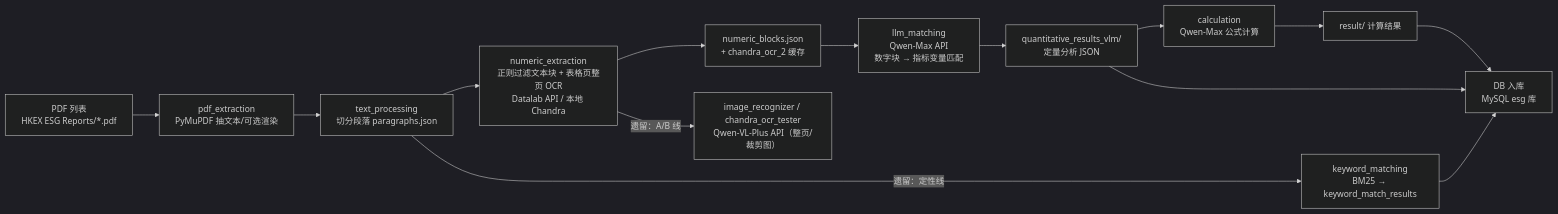
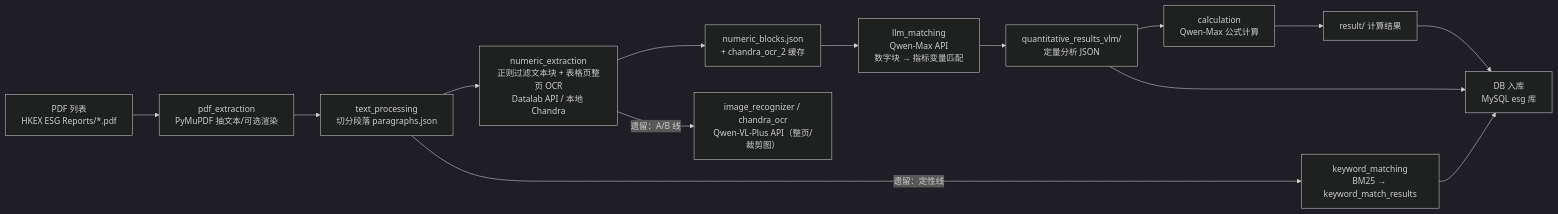
Before and after one commit to Evelyn-atg/esg-sync: the diagram in memory_docs/ESG_Pipeline_Full_Workflow.md, drawn with Mermaid (dark theme). The commit also changed other lines of this file, not shown here.

Commit message:
docs: add chandra_ocr.py (OCR engine) to S3 module column; update rename references

````diff
--- a/memory_docs/ESG_Pipeline_Full_Workflow.md
+++ b/memory_docs/ESG_Pipeline_Full_Workflow.md
@@ -12,16 +12,16 @@
 ```mermaid
 flowchart LR
     A["PDF 列表<br/>HKEX ESG Reports/*.pdf"] --> B["pdf_extraction<br/>PyMuPDF 抽文本/可选渲染"]
     B --> C["text_processing<br/>切分段落 paragraphs.json"]
     C --> D["numeric_extraction<br/>正则过滤文本块 + 表格页整页 OCR<br/>Datalab API / 本地 Chandra"]
     D --> E["numeric_blocks.json<br/>+ chandra_ocr_2 缓存"]
     E --> F["llm_matching<br/>Qwen-Max API<br/>数字块 → 指标变量匹配"]
     F --> G["quantitative_results_vlm/<br/>定量分析 JSON"]
     G --> H["calculation<br/>Qwen-Max 公式计算"]
     H --> I["result/ 计算结果"]
     C -->|"遗留：定性线"| J["keyword_matching<br/>BM25 → keyword_match_results"]
-    D -->|"遗留：A/B 线"| K["image_recognizer / chandra_ocr_tester<br/>Qwen-VL-Plus API（整页/裁剪图）"]
+    D -->|"遗留：A/B 线"| K["image_recognizer / chandra_ocr<br/>Qwen-VL-Plus API（整页/裁剪图）"]
     I --> L["DB 入库<br/>MySQL esg 库"]
     G --> L
     J --> L
 ```
````
